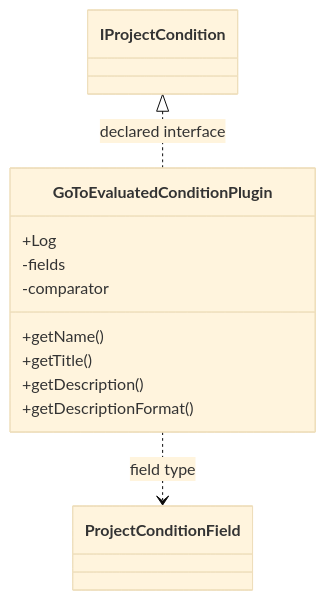
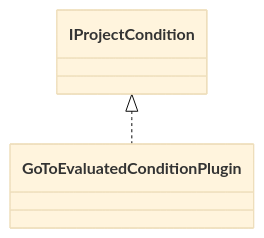
The diagram in docs/sqx/Shared/ProjectConditionGoToEvaluated.md (haruperi/HaruQuantAI), drawn with Mermaid (base theme) before and after one commit. The commit also changed other lines of this file and 1688 other files, not shown here.

````diff
--- a/docs/sqx/Shared/ProjectConditionGoToEvaluated.md
+++ b/docs/sqx/Shared/ProjectConditionGoToEvaluated.md
@@ -30,16 +26,6 @@
 ```mermaid
 classDiagram
-    class C9efde375ab7f["GoToEvaluatedConditionPlugin"] {
-        +Log
-        -fields
-        -comparator
-        +getName()
-        +getTitle()
-        +getDescription()
-        +getDescriptionFormat()
-    }
-    class C930244e123f1["IProjectCondition"]
-    class C360519953328["ProjectConditionField"]
-    C930244e123f1 <|.. C9efde375ab7f : declared interface
-    C9efde375ab7f ..> C360519953328 : field type
+    class C0["GoToEvaluatedConditionPlugin"]
+    class E0["IProjectCondition"]
+    E0 <|.. C0
 ```
````
